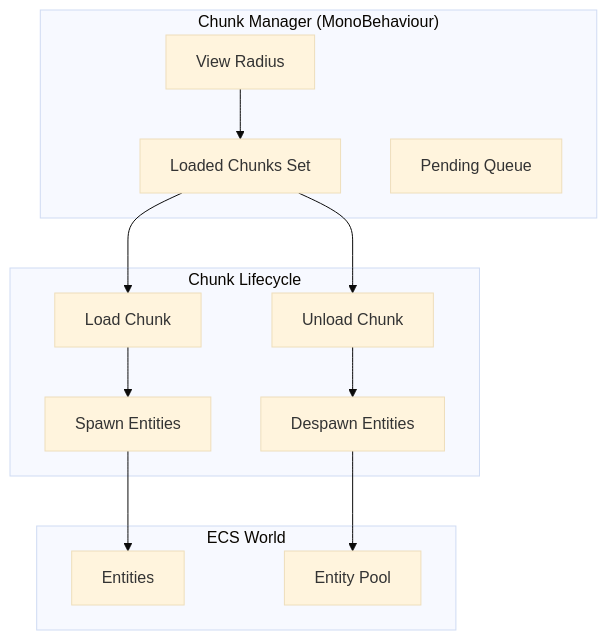
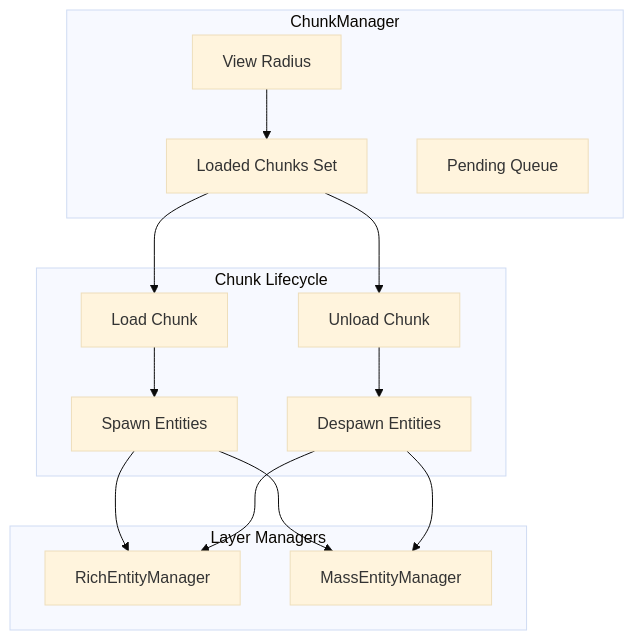
One commit to zephkelly/starfire changed the fourth of 8 diagrams in .obsidian/architecture/06-chunk-integration.md. Above: the diagram before and after it, drawn with Mermaid (base theme). The commit also changed other lines of this file and 27 other files, not shown here.

Commit message:
feat: update architecture docs to include modding system

````diff
--- a/.obsidian/architecture/06-chunk-integration.md
+++ b/.obsidian/architecture/06-chunk-integration.md
@@ -212,28 +209,30 @@
 ```mermaid
 flowchart TB
-    subgraph ChunkManager["Chunk Manager (MonoBehaviour)"]
+    subgraph ChunkManager["ChunkManager"]
         VR[View Radius]
         LC[Loaded Chunks Set]
         PQ[Pending Queue]
     end
 
     subgraph ChunkLifecycle["Chunk Lifecycle"]
         LOAD[Load Chunk]
         UNLOAD[Unload Chunk]
         SPAWN[Spawn Entities]
         DESPAWN[Despawn Entities]
     end
 
-    subgraph ECS["ECS World"]
-        ENT[Entities]
-        POOL[Entity Pool]
+    subgraph Layers["Layer Managers"]
+        RICH[RichEntityManager]
+        MASS[MassEntityManager]
     end
 
     VR --> LC
     LC --> LOAD
     LC --> UNLOAD
     LOAD --> SPAWN
     UNLOAD --> DESPAWN
-    SPAWN --> ENT
-    DESPAWN --> POOL
+    SPAWN --> RICH
+    SPAWN --> MASS
+    DESPAWN --> RICH
+    DESPAWN --> MASS
 ```
````
